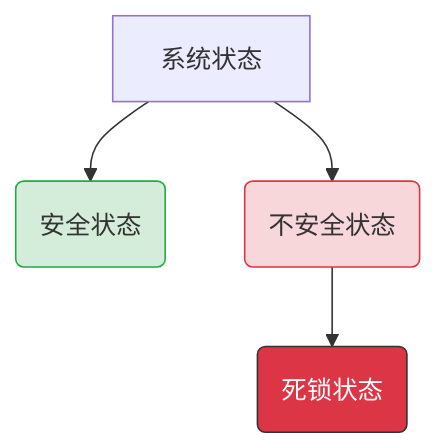
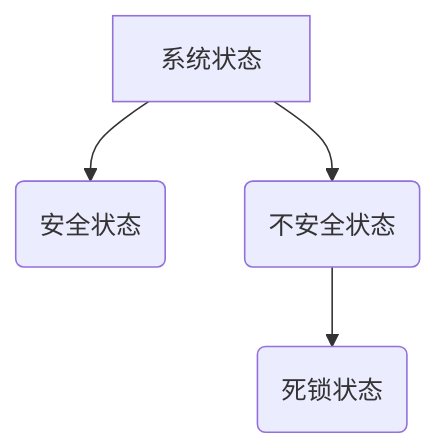
Before and after one commit to EmptyBlueBox/Blog: the third of 16 diagrams in src/content/post/operating_systems_note_11-zh.mdx, drawn with Mermaid. The commit also changed other lines of this file and 2 other files, not shown here.

````diff
--- a/src/content/post/operating_systems_note_11-zh.mdx
+++ b/src/content/post/operating_systems_note_11-zh.mdx
@@ -251,10 +262,6 @@
 ```mermaid
 graph TD
     A[系统状态] --> B(安全状态)
     A --> C(不安全状态)
     C --> D(死锁状态)
-
-    style B fill:#d4edda,stroke:#28a745
-    style C fill:#f8d7da,stroke:#dc3545
-    style D fill:#dc3545,stroke:#333,color:#fff
 ```
````
